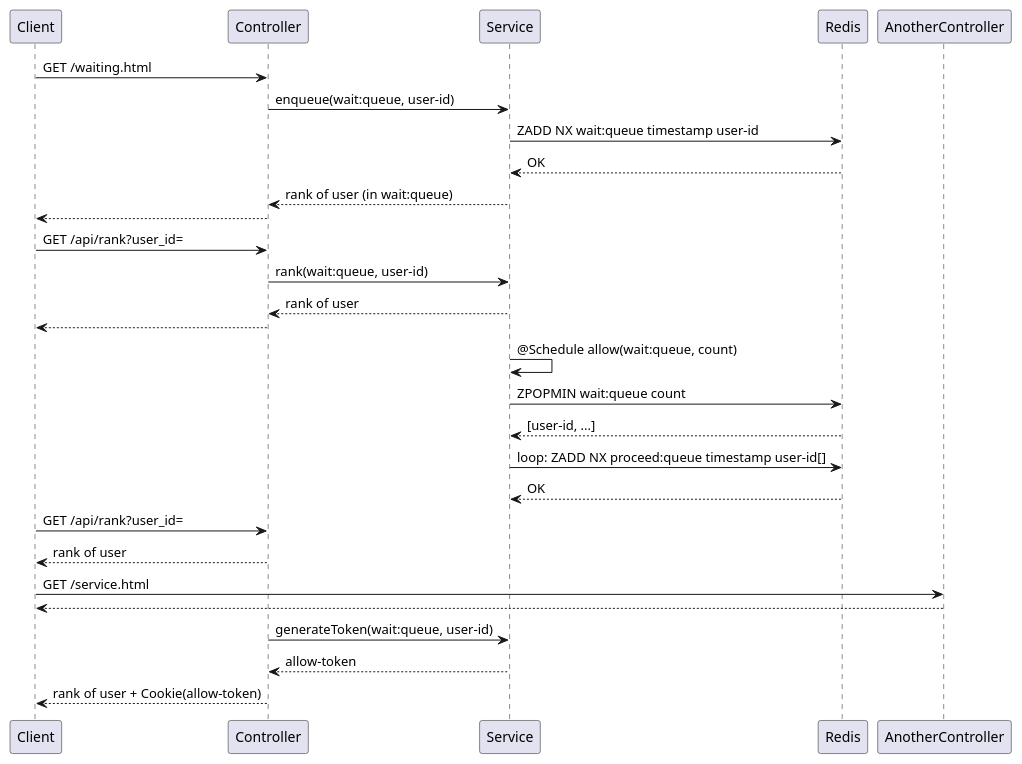
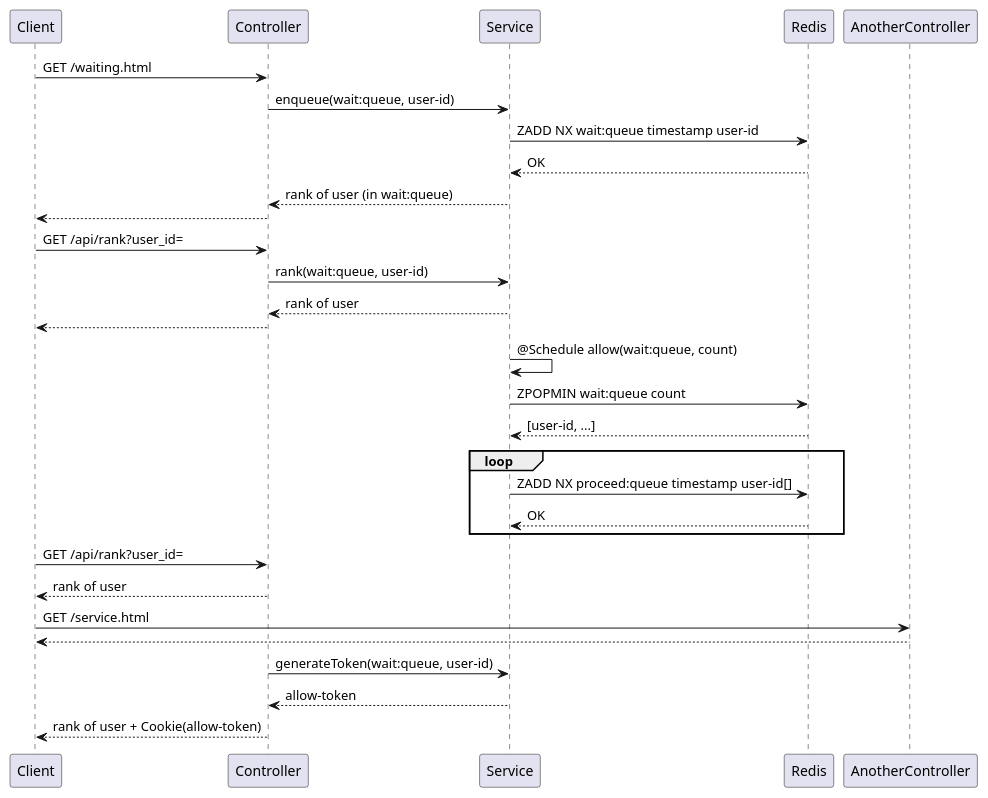
The diagram in _diary/2024-06-08.md (yanghoon/obsidian-workspace), drawn with PlantUML before and after one commit.

Commit message:
vault backup: 2024-06-08 14:31:42

````diff
--- a/_diary/2024-06-08.md
+++ b/_diary/2024-06-08.md
@@ -5,28 +5,30 @@
 ```plantuml
 Client -> Controller: GET /waiting.html
 Controller -> Service: enqueue(wait:queue, user-id)
 Service -> Redis: ZADD NX wait:queue timestamp user-id
 Service <-- Redis: OK
 Controller <-- Service: rank of user (in wait:queue)
 Client <-- Controller
 
 Client -> Controller: GET /api/rank?user_id=
 Controller -> Service: rank(wait:queue, user-id)
 Controller <-- Service: rank of user
 Client <-- Controller
 
 Service -> Service: @Schedule allow(wait:queue, count)
 Service -> Redis: ZPOPMIN wait:queue count
 Service <-- Redis: [user-id, ...]
-Service -> Redis: loop: ZADD NX proceed:queue timestamp user-id[]
+loop
+Service -> Redis: ZADD NX proceed:queue timestamp user-id[]
 Service <-- Redis: OK
+end
 
 Client -> Controller: GET /api/rank?user_id=
 Client <-- Controller: rank of user
 Client -> AnotherController: GET /service.html
 Client <-- AnotherController
 
 Controller -> Service: generateToken(wait:queue, user-id)
 Controller <-- Service: allow-token
 Client <-- Controller: rank of user + Cookie(allow-token)
 ```
````
